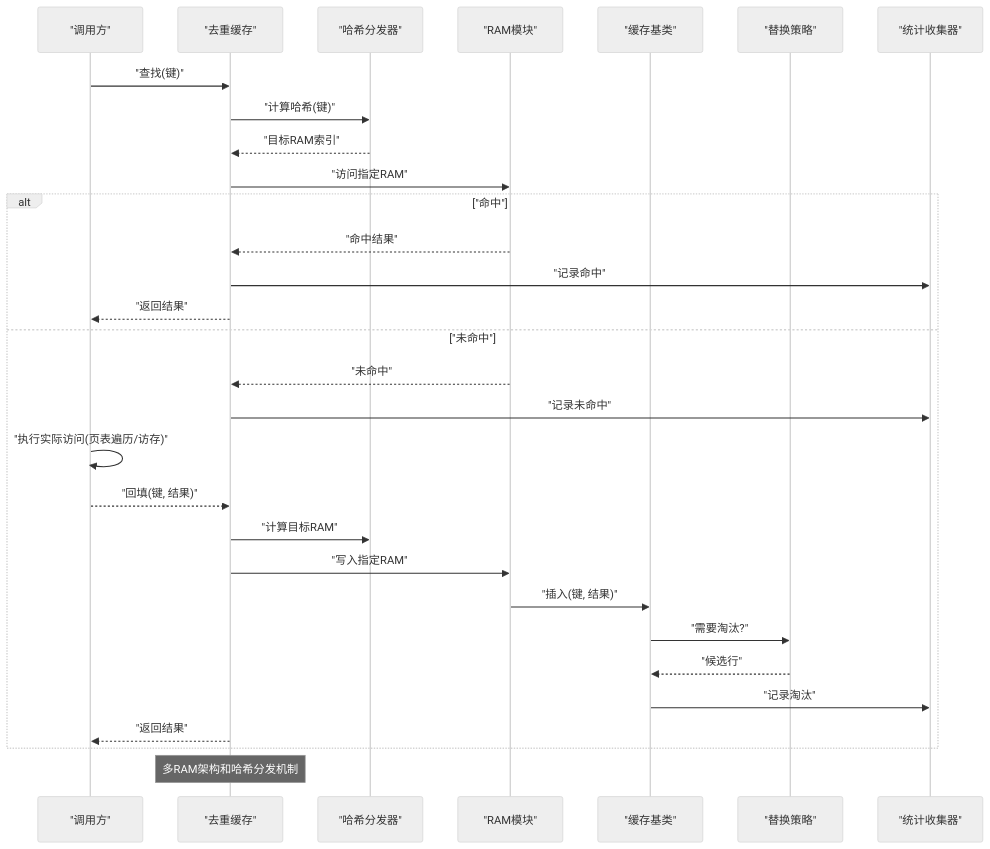
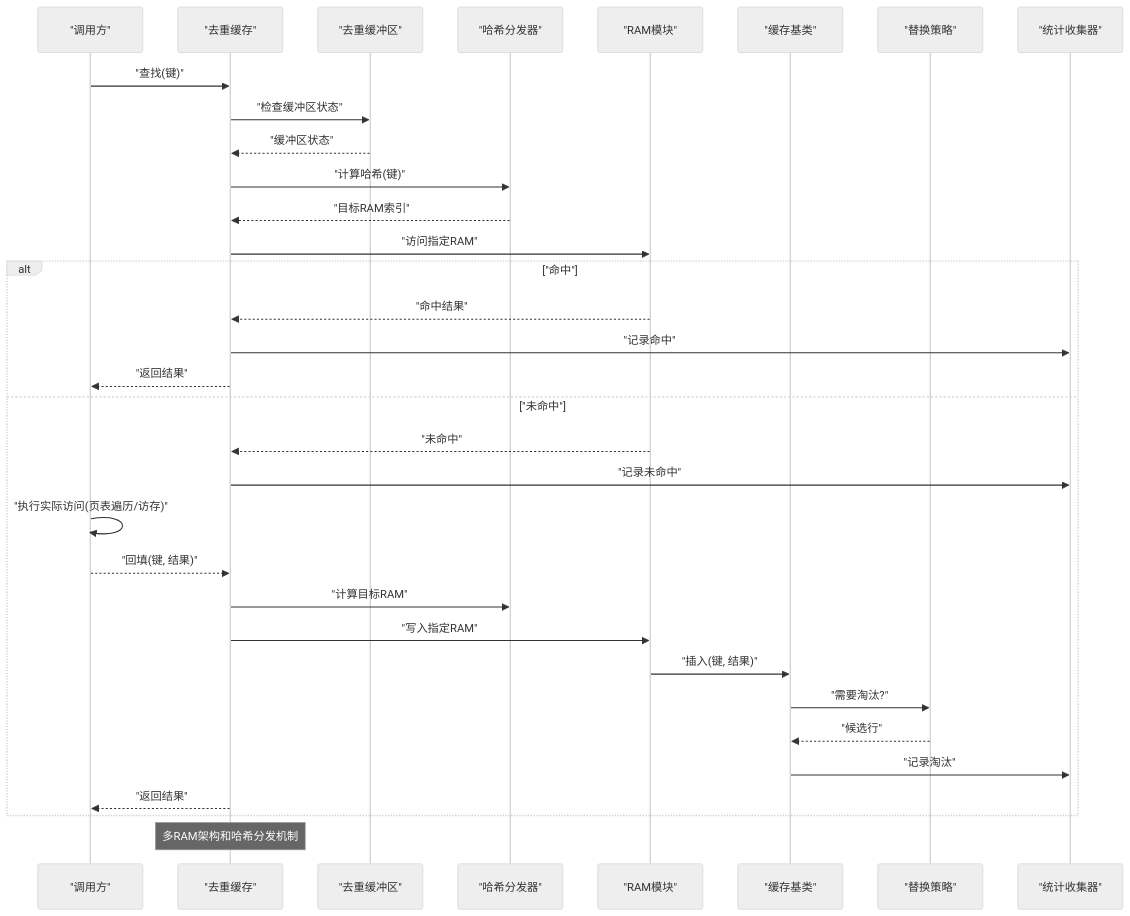
The third of 12 diagrams in .qoder/repowiki/zh/content/缓存系统/Dedup缓存（去重缓存）.md (jiangjiang1122/iommu_model_20260401_v1), drawn with Mermaid (neutral theme) before and after one commit. The commit also changed other lines of this file and 159 other files, not shown here.

Commit message:
chore: 更新知识库文档 + 新增PTW并发分析图表与数据文件

````diff
--- a/.qoder/repowiki/zh/content/缓存系统/Dedup缓存（去重缓存）.md
+++ b/.qoder/repowiki/zh/content/缓存系统/Dedup缓存（去重缓存）.md
@@ -352,32 +368,35 @@
 ```mermaid
 sequenceDiagram
 participant 调用方 as "调用方"
 participant 去重缓存 as "去重缓存"
+participant 去重缓冲区 as "去重缓冲区"
 participant 哈希分发 as "哈希分发器"
 participant RAM模块 as "RAM模块"
 participant 基类 as "缓存基类"
 participant 策略 as "替换策略"
 participant 统计 as "统计收集器"
 调用方->>去重缓存 : "查找(键)"
+去重缓存->>去重缓冲区 : "检查缓冲区状态"
+去重缓冲区-->>去重缓存 : "缓冲区状态"
 去重缓存->>哈希分发 : "计算哈希(键)"
 哈希分发-->>去重缓存 : "目标RAM索引"
 去重缓存->>RAM模块 : "访问指定RAM"
 alt "命中"
 RAM模块-->>去重缓存 : "命中结果"
 去重缓存->>统计 : "记录命中"
 去重缓存-->>调用方 : "返回结果"
 else "未命中"
 RAM模块-->>去重缓存 : "未命中"
 去重缓存->>统计 : "记录未命中"
 调用方->>调用方 : "执行实际访问(页表遍历/访存)"
 调用方-->>去重缓存 : "回填(键, 结果)"
 去重缓存->>哈希分发 : "计算目标RAM"
 去重缓存->>RAM模块 : "写入指定RAM"
 RAM模块->>基类 : "插入(键, 结果)"
 基类->>策略 : "需要淘汰?"
 策略-->>基类 : "候选行"
 基类->>统计 : "记录淘汰"
 去重缓存-->>调用方 : "返回结果"
 end
 Note over 去重缓存 : 多RAM架构和哈希分发机制
 ```
````
